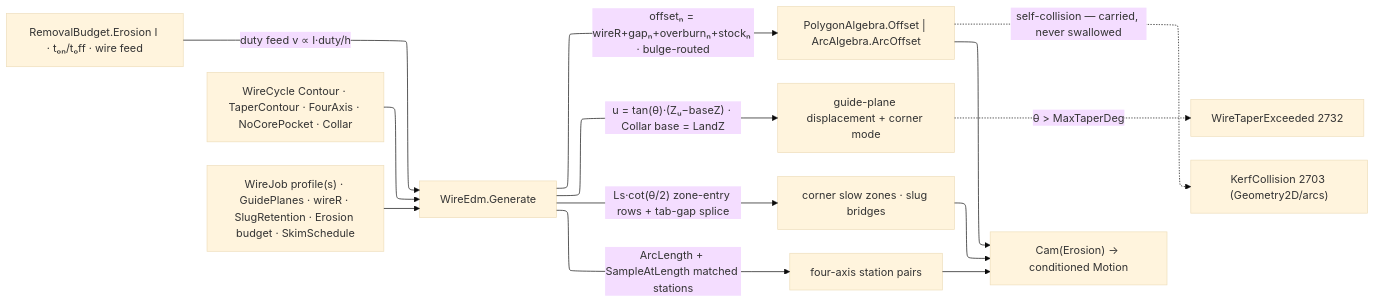
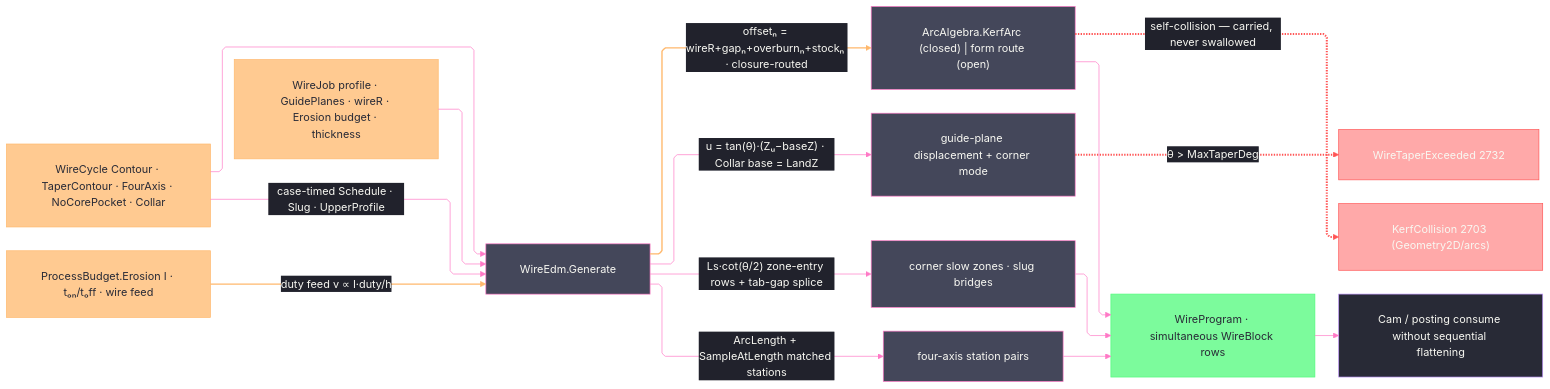
Before and after one commit to bsamiee/Rasm: the diagram in libs/csharp/Rasm.Fabrication/.planning/Toolpath/wire.md, drawn with Mermaid. The commit also changed other lines of this file and 128 other files, not shown here.

````diff
--- a/libs/csharp/Rasm.Fabrication/.planning/Toolpath/wire.md
+++ b/libs/csharp/Rasm.Fabrication/.planning/Toolpath/wire.md
@@ -223,20 +431,54 @@
 ```mermaid
 ---
 config:
+  theme: base
+  look: classic
   layout: elk
-  theme: base
+  flowchart:
+    curve: linear
+    padding: 25
+  themeVariables:
+    darkMode: true
+    fontFamily: "SF Mono, Menlo, Cascadia Mono, Segoe UI Mono, Consolas, monospace"
+    useGradient: false
+    dropShadow: "none"
+    background: "#282A36"
+    primaryColor: "#44475A"
+    primaryTextColor: "#F8F8F2"
+    primaryBorderColor: "#BD93F9"
+    lineColor: "#FF79C6"
+    textColor: "#F8F8F2"
+    edgeLabelBackground: "#21222C"
+    labelBackgroundColor: "#21222C"
+  themeCSS: ".nodeLabel{font-size:13px;font-weight:500}.edgeLabel{font-size:12px;font-weight:500}.cluster-label .nodeLabel{font-size:13.5px;font-weight:700;letter-spacing:.08em}.edge-thickness-normal{stroke-width:2px}.edge-thickness-thick{stroke-width:3px}.edge-pattern-dashed,.edge-pattern-dotted{stroke-width:1.5px;stroke-dasharray:4 6}.node rect,.node circle,.node polygon,.node path,.node .outer-path{stroke-width:1.5px;filter:none!important}.cluster rect{stroke-width:1px!important;stroke-dasharray:5 4!important;filter:none!important}.marker path{transform:scale(.8);transform-origin:5px 5px}.marker circle{transform:scale(.48);transform-origin:5px 5px}.edgeLabel rect{transform-box:fill-box;transform-origin:center;transform:scale(1.1,1.2)}"
 ---
 flowchart LR
+    accTitle: Wire EDM program generation
+    accDescr: WireEdm.Generate preserves simultaneous lower and upper guide motion with exact tab intervals.
     Cycle["WireCycle Contour · TaperContour · FourAxis · NoCorePocket · Collar"] --> Gen["WireEdm.Generate"]
-    Job["WireJob profile(s) · GuidePlanes · wireR · SlugRetention · Erosion budget · SkimSchedule"] --> Gen
-    Budget["RemovalBudget.Erosion I · tₒₙ/tₒff · wire feed"] -->|"duty feed v ∝ I·duty/h"| Gen
-    Gen -->|"offsetₙ = wireR+gapₙ+overburnₙ+stockₙ · bulge-routed"| Offsets["PolygonAlgebra.Offset | ArcAlgebra.ArcOffset"]
+    Job["WireJob profile · GuidePlanes · wireR · Erosion budget · thickness"] --> Gen
+    Cycle -->|"case-timed Schedule · Slug · UpperProfile"| Gen
+    Budget["ProcessBudget.Erosion I · tₒₙ/tₒff · wire feed"] -->|"duty feed v ∝ I·duty/h"| Gen
+    Gen -->|"offsetₙ = wireR+gapₙ+overburnₙ+stockₙ · closure-routed"| Offsets["ArcAlgebra.KerfArc (closed) | form route (open)"]
     Gen -->|"u = tan(θ)·(Zᵤ−baseZ) · Collar base = LandZ"| Taper["guide-plane displacement + corner mode"]
     Gen -->|"Ls·cot(θ/2) zone-entry rows + tab-gap splice"| Corners["corner slow zones · slug bridges"]
     Gen -->|"ArcLength + SampleAtLength matched stations"| Paired["four-axis station pairs"]
     Taper -.->|"θ > MaxTaperDeg"| Fault["WireTaperExceeded 2732"]
     Offsets -.->|"self-collision — carried, never swallowed"| Kerf["KerfCollision 2703 (Geometry2D/arcs)"]
-    Offsets --> Motion["Cam(Erosion) → conditioned Motion"]
-    Corners --> Motion
-    Paired --> Motion
+    Offsets --> Program["WireProgram · simultaneous WireBlock rows"]
+    Corners --> Program
+    Paired --> Program
+    Program --> Consumer["Cam / posting consume without sequential flattening"]
+    class Cycle,Job,Budget data
+    class Gen,Offsets,Taper,Corners,Paired primary
+    class Program success
+    class Consumer boundary
+    class Fault,Kerf error
+    classDef primary fill:#44475A,stroke:#FF79C6,color:#F8F8F2
+    classDef success fill:#50FA7BBF,stroke:#50FA7B,color:#282A36
+    classDef data fill:#FFB86CBF,stroke:#FFB86C,color:#282A36
+    classDef boundary fill:#282A36,stroke:#BD93F9,color:#F8F8F2
+    classDef error fill:#FF555580,stroke:#FF5555,color:#F8F8F2
+    linkStyle 3,4 stroke:#FFB86C,stroke-width:2px,color:#F8F8F2
+    linkStyle 8,9 stroke:#FF5555,stroke-width:3px,color:#F8F8F2
 ```
````
